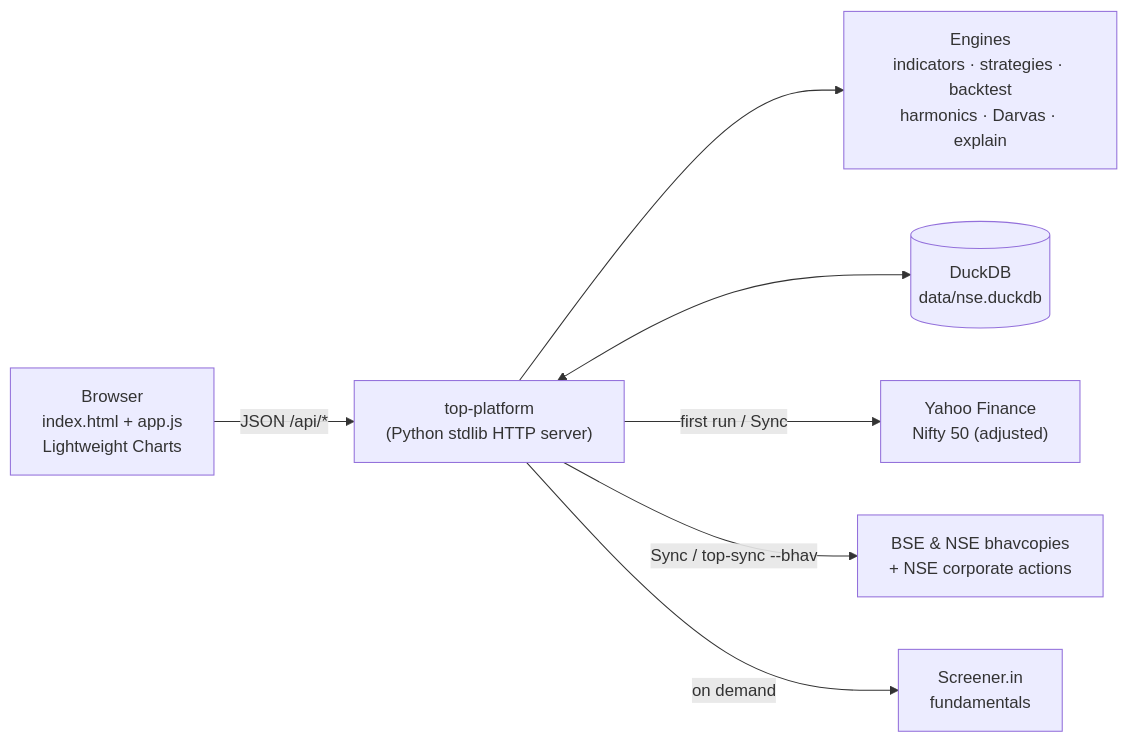
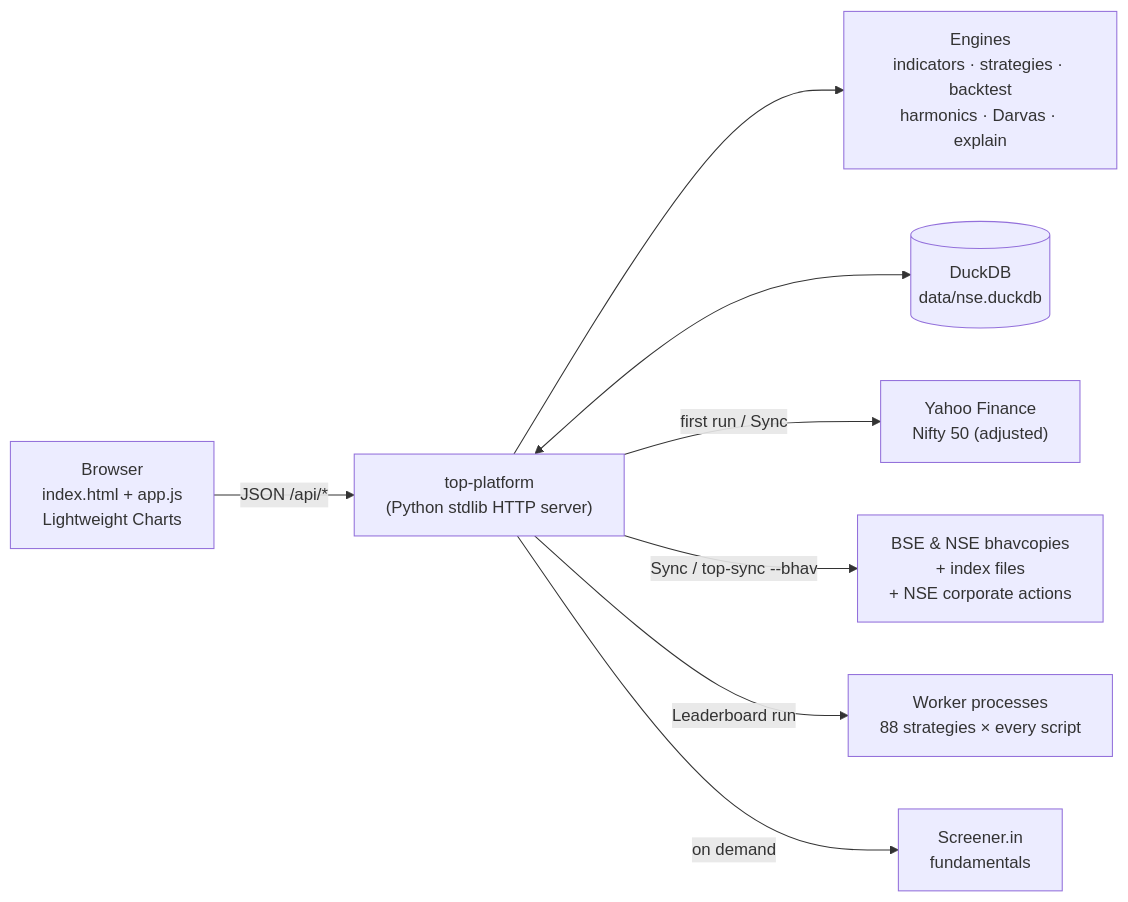
The diagram in README.md (garv08/Trade-Observability-Platform), drawn with Mermaid before and after one commit. The commit also changed other lines of this file and 28 other files, not shown here.

First line of the commit message:
TOP 0.3.0: strategy leaderboard across every script, NSE/BSE indices

````diff
--- a/README.md
+++ b/README.md
@@ -143,9 +157,10 @@
 ```mermaid
 flowchart LR
   B["Browser<br/>index.html + app.js<br/>Lightweight Charts"] -- "JSON /api/*" --> S["top-platform<br/>(Python stdlib HTTP server)"]
   S --> E["Engines<br/>indicators · strategies · backtest<br/>harmonics · Darvas · explain"]
   S <--> D[("DuckDB<br/>data/nse.duckdb")]
   S -- "first run / Sync" --> Y["Yahoo Finance<br/>Nifty 50 (adjusted)"]
-  S -- "Sync / top-sync --bhav" --> X["BSE & NSE bhavcopies<br/>+ NSE corporate actions"]
+  S -- "Sync / top-sync --bhav" --> X["BSE & NSE bhavcopies<br/>+ index files<br/>+ NSE corporate actions"]
+  S -- "Leaderboard run" --> W["Worker processes<br/>88 strategies × every script"]
   S -- "on demand" --> F["Screener.in<br/>fundamentals"]
 ```
````
